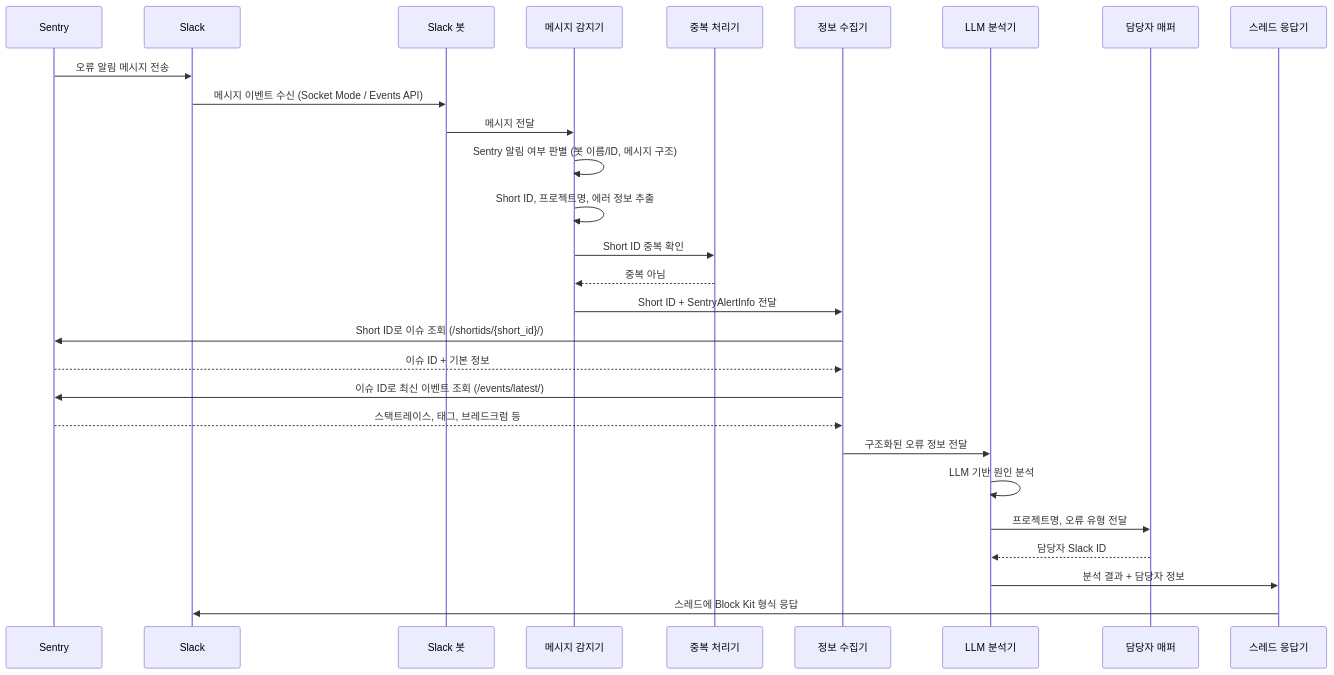
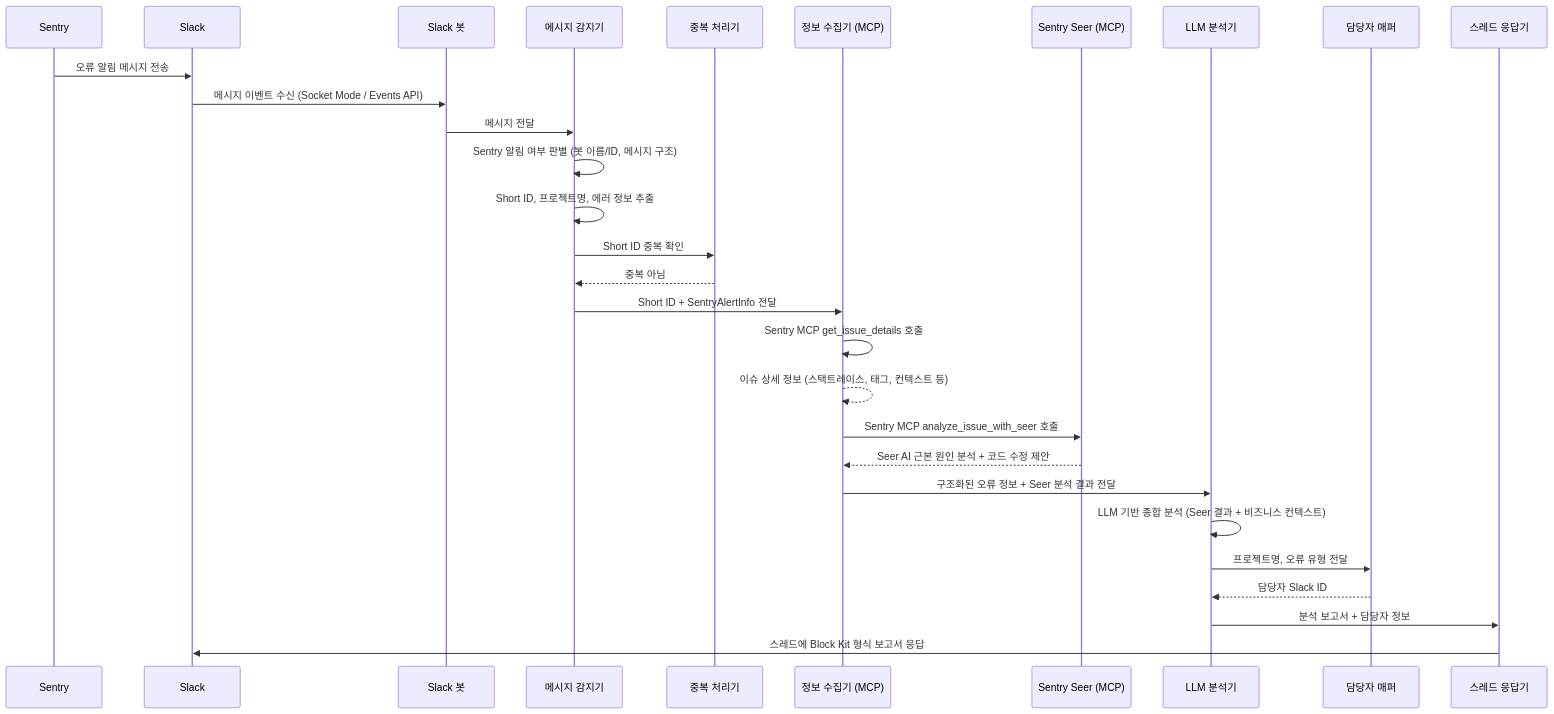
One commit to platypus97/kirothon-1 changed the first of 3 diagrams in 포스타입/.kiro/specs/sentry-slack-auto-analysis/design.md. Above: the diagram before and after it, drawn with Mermaid. The commit also changed other lines of this file and 2 other files, not shown here.

Commit message:
docs: Sentry MCP 도구 사용 및 investigate 스킬 접근 방식 반영

````diff
--- a/포스타입/.kiro/specs/sentry-slack-auto-analysis/design.md
+++ b/포스타입/.kiro/specs/sentry-slack-auto-analysis/design.md
@@ -9,31 +9,32 @@
 ```mermaid
 sequenceDiagram
     participant Sentry
     participant Slack
     participant Bot as Slack 봇
     participant Detector as 메시지 감지기
     participant Dedup as 중복 처리기
-    participant Collector as 정보 수집기
+    participant Collector as 정보 수집기 (MCP)
+    participant Seer as Sentry Seer (MCP)
     participant Analyzer as LLM 분석기
     participant Mapper as 담당자 매퍼
     participant Responder as 스레드 응답기
 
     Sentry->>Slack: 오류 알림 메시지 전송
     Slack->>Bot: 메시지 이벤트 수신 (Socket Mode / Events API)
     Bot->>Detector: 메시지 전달
     Detector->>Detector: Sentry 알림 여부 판별 (봇 이름/ID, 메시지 구조)
     Detector->>Detector: Short ID, 프로젝트명, 에러 정보 추출
     Detector->>Dedup: Short ID 중복 확인
     Dedup-->>Detector: 중복 아님
     Detector->>Collector: Short ID + SentryAlertInfo 전달
-    Collector->>Sentry: Short ID로 이슈 조회 (/shortids/{short_id}/)
-    Sentry-->>Collector: 이슈 ID + 기본 정보
-    Collector->>Sentry: 이슈 ID로 최신 이벤트 조회 (/events/latest/)
-    Sentry-->>Collector: 스택트레이스, 태그, 브레드크럼 등
-    Collector->>Analyzer: 구조화된 오류 정보 전달
-    Analyzer->>Analyzer: LLM 기반 원인 분석
+    Collector->>Collector: Sentry MCP get_issue_details 호출
+    Collector-->>Collector: 이슈 상세 정보 (스택트레이스, 태그, 컨텍스트 등)
+    Collector->>Seer: Sentry MCP analyze_issue_with_seer 호출
+    Seer-->>Collector: Seer AI 근본 원인 분석 + 코드 수정 제안
+    Collector->>Analyzer: 구조화된 오류 정보 + Seer 분석 결과 전달
+    Analyzer->>Analyzer: LLM 기반 종합 분석 (Seer 결과 + 비즈니스 컨텍스트)
     Analyzer->>Mapper: 프로젝트명, 오류 유형 전달
     Mapper-->>Analyzer: 담당자 Slack ID
-    Analyzer->>Responder: 분석 결과 + 담당자 정보
-    Responder->>Slack: 스레드에 Block Kit 형식 응답
+    Analyzer->>Responder: 분석 보고서 + 담당자 정보
+    Responder->>Slack: 스레드에 Block Kit 형식 보고서 응답
 ```
````
